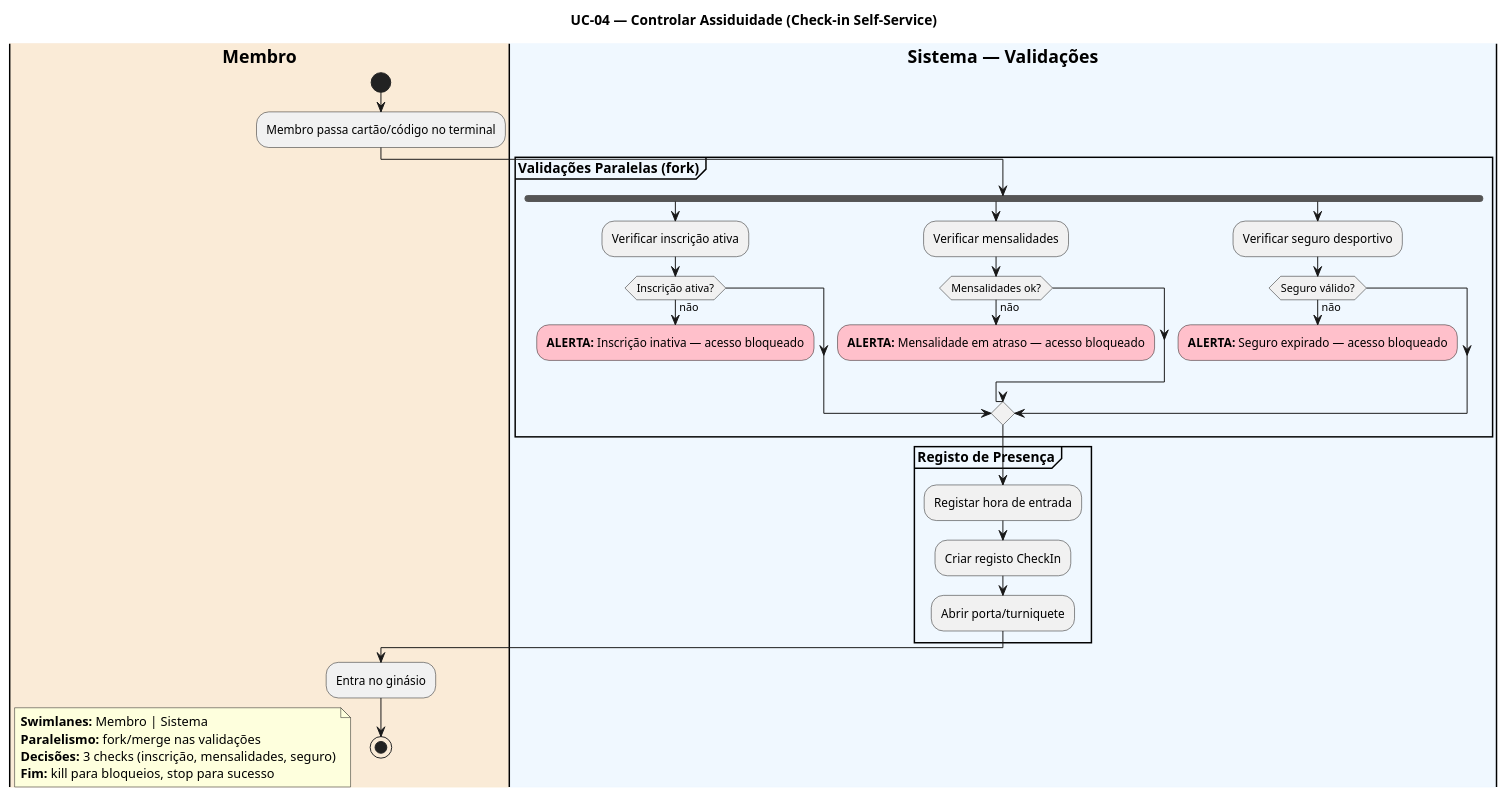
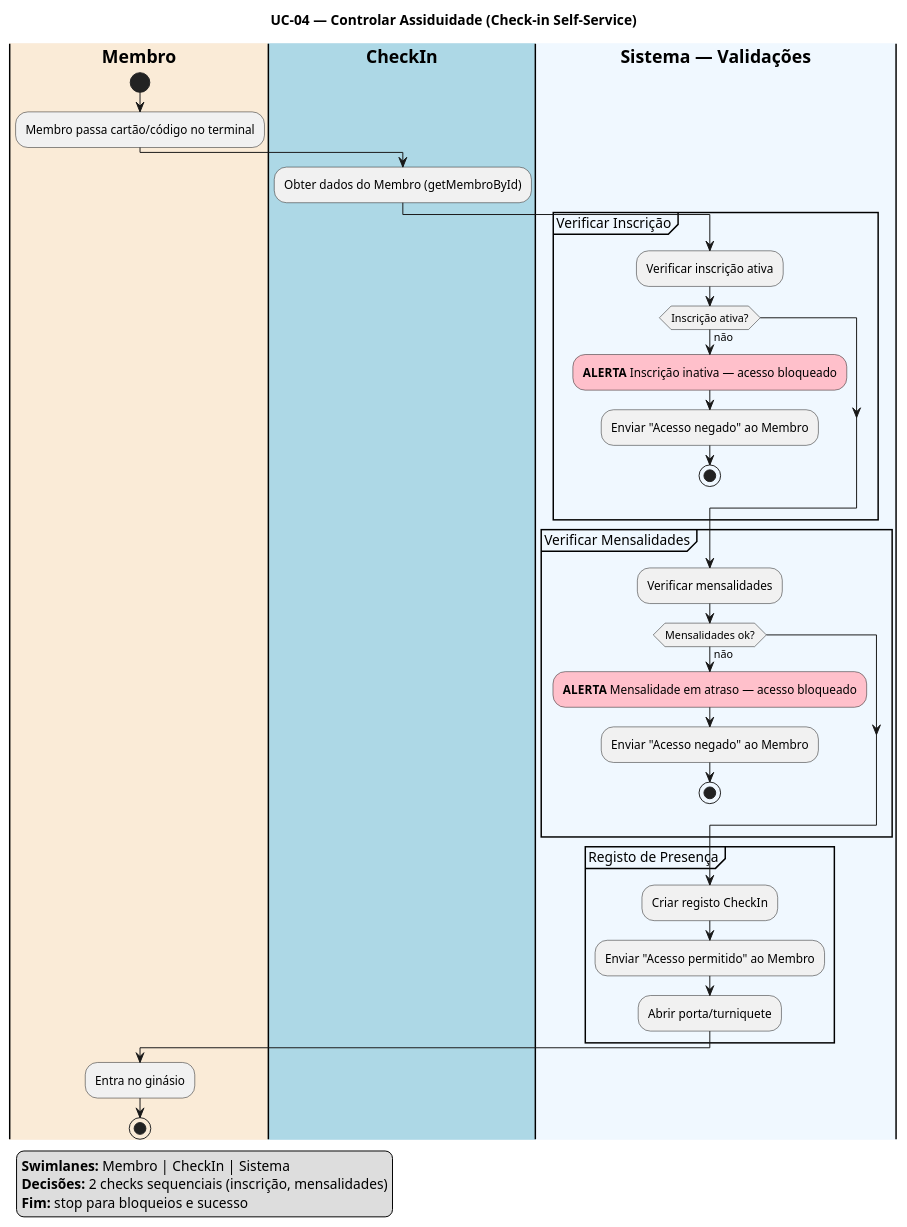
The third of 3 diagrams in public/Trabalho-MSES.md (TiagoJacinto/mses-gym-docs), drawn with PlantUML before and after one commit. The commit also changed other lines of this file, not shown here.

````diff
--- a/public/Trabalho-MSES.md
+++ b/public/Trabalho-MSES.md
@@ -905,51 +836,48 @@
 ```plantuml
 @startuml
 title UC-04 — Controlar Assiduidade (Check-in Self-Service)
 
-|#AntiqueWhite| **Membro** |
+|#AntiqueWhite|**Membro**|
 start
 :Membro passa cartão/código no terminal;
 
-|#AliceBlue| **Sistema — Validações** |
+|#LightBlue|**CheckIn**|
+:Obter dados do Membro (getMembroById);
 
-partition "**Validações Paralelas (fork)**" {
-    fork
-        :Verificar inscrição ativa;
-        if (Inscrição ativa?) then (não)
-            #pink:**ALERTA:** Inscrição inativa — acesso bloqueado;
-            kill
-        endif
-    fork again
-        :Verificar mensalidades;
-        if (Mensalidades ok?) then (não)
-            #pink:**ALERTA:** Mensalidade em atraso — acesso bloqueado;
-            kill
-        endif
-    fork again
-        :Verificar seguro desportivo;
-        if (Seguro válido?) then (não)
-            #pink:**ALERTA:** Seguro expirado — acesso bloqueado;
-            kill
-        endif
-    end merge
+|#AliceBlue|**Sistema — Validações**|
+partition "Verificar Inscrição" {
+    :Verificar inscrição ativa;
+    if (Inscrição ativa?) then (não)
+        #pink:**ALERTA** Inscrição inativa — acesso bloqueado;
+        :Enviar "Acesso negado" ao Membro;
+        stop
+    endif
 }
 
-partition "**Registo de Presença**" {
-    :Registar hora de entrada;
+partition "Verificar Mensalidades" {
+    :Verificar mensalidades;
+    if (Mensalidades ok?) then (não)
+        #pink:**ALERTA** Mensalidade em atraso — acesso bloqueado;
+        :Enviar "Acesso negado" ao Membro;
+        stop
+    endif
+}
+
+partition "Registo de Presença" {
     :Criar registo CheckIn;
+    :Enviar "Acesso permitido" ao Membro;
     :Abrir porta/turniquete;
 }
 
-|#AntiqueWhite| **Membro** |
+|#AntiqueWhite|**Membro**|
 :Entra no ginásio;
 stop
 
-floating note left
-**Swimlanes:** Membro | Sistema
-**Paralelismo:** fork/merge nas validações
-**Decisões:** 3 checks (inscrição, mensalidades, seguro)
-**Fim:** kill para bloqueios, stop para sucesso
-end note
+legend left
+  **Swimlanes:** Membro | CheckIn | Sistema
+  **Decisões:** 2 checks sequenciais (inscrição, mensalidades)
+  **Fim:** stop para bloqueios e sucesso
+endlegend
 
 @enduml
 ```
````
